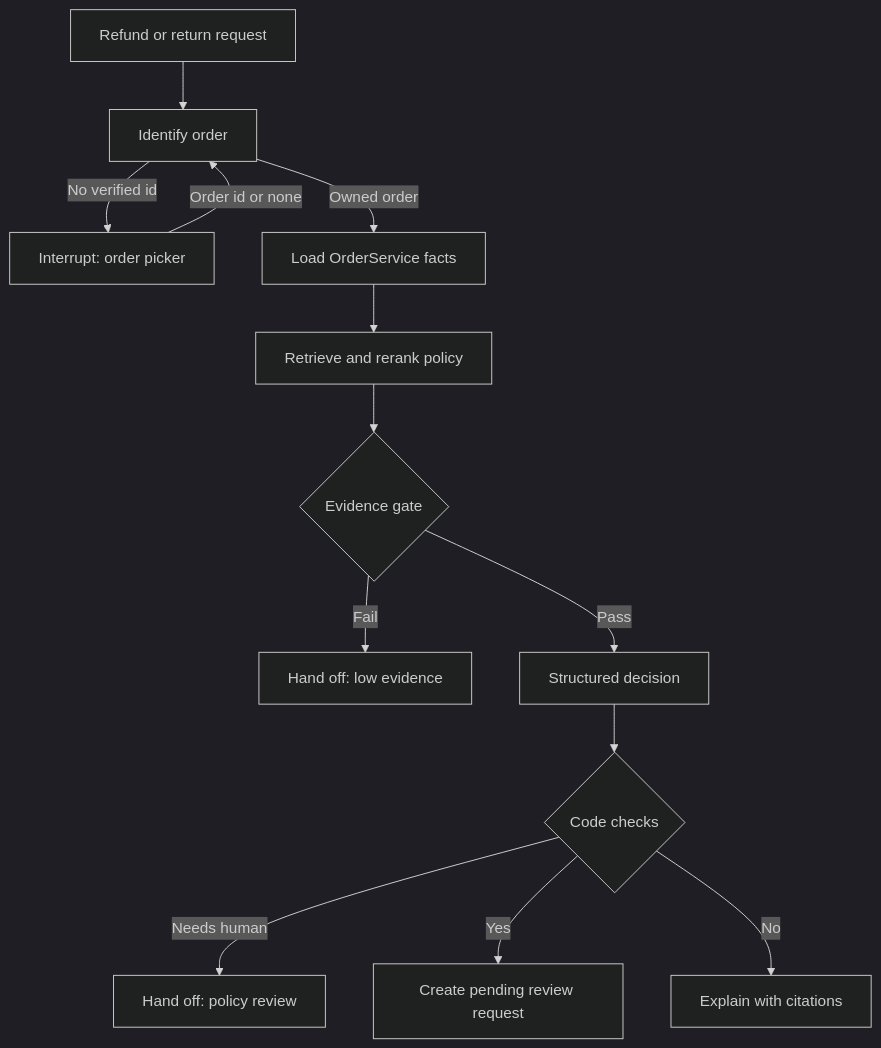
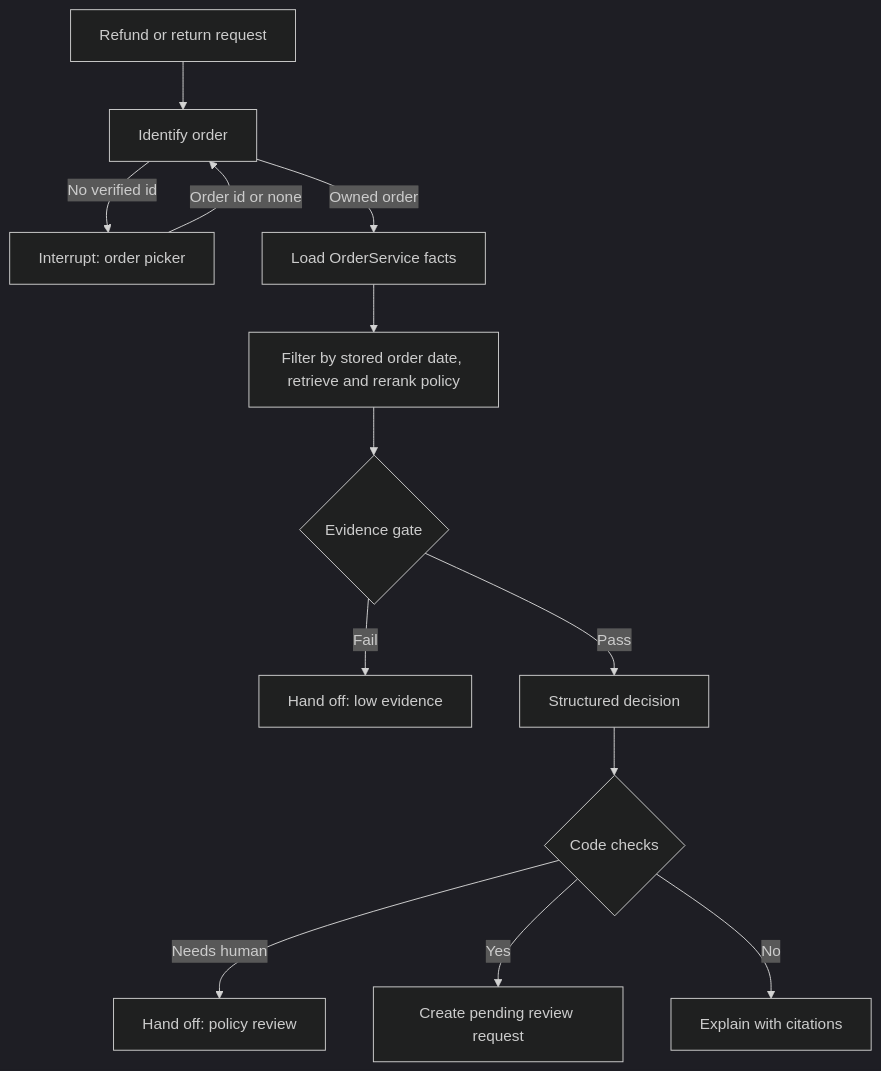
One commit to WongAnneLister/Atlas changed the diagram in docs/REFUND_FLOW.md. Above: the diagram before and after it, drawn with Mermaid (dark theme). The commit also changed other lines of this file and 70 other files, not shown here.

````diff
--- a/docs/REFUND_FLOW.md
+++ b/docs/REFUND_FLOW.md
@@ -5,15 +5,15 @@
 ```mermaid
 flowchart TD
     A[Refund or return request] --> B[Identify order]
     B -->|No verified id| C[Interrupt: order picker]
     C -->|Order id or none| B
     B -->|Owned order| D[Load OrderService facts]
-    D --> E[Retrieve and rerank policy]
+    D --> E[Filter by stored order date, retrieve and rerank policy]
     E --> F{Evidence gate}
     F -->|Fail| H[Hand off: low evidence]
     F -->|Pass| G[Structured decision]
     G --> I{Code checks}
     I -->|Needs human| J[Hand off: policy review]
     I -->|Yes| K[Create pending review request]
     I -->|No| L[Explain with citations]
 ```
````
